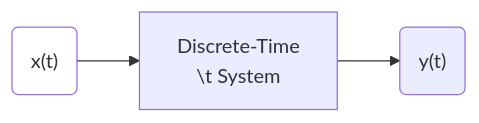
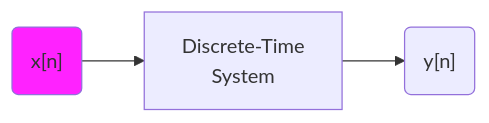
Before and after one commit to setrar/dsp: the second of 2 diagrams in signal-processing/kutz/README.md, drawn with Mermaid. The commit also changed other lines of this file, not shown here.

````diff
--- a/signal-processing/kutz/README.md
+++ b/signal-processing/kutz/README.md
@@ -58,7 +58,7 @@
 ```mermaid
 %%{init: {"flowchart": {"htmlLabels": false}} }%%
 flowchart LR
-    e("x(t)"):::someclass -->f[Discrete-Time \n\t System]
-    f-->g("y(t)")
-    classDef someclass fill:#fff
+    e("x[n]"):::someclass -->f[Discrete-Time \n    System]
+    f-->g("y[n]")
+    classDef someclass fill:#f2f
 ```
````
